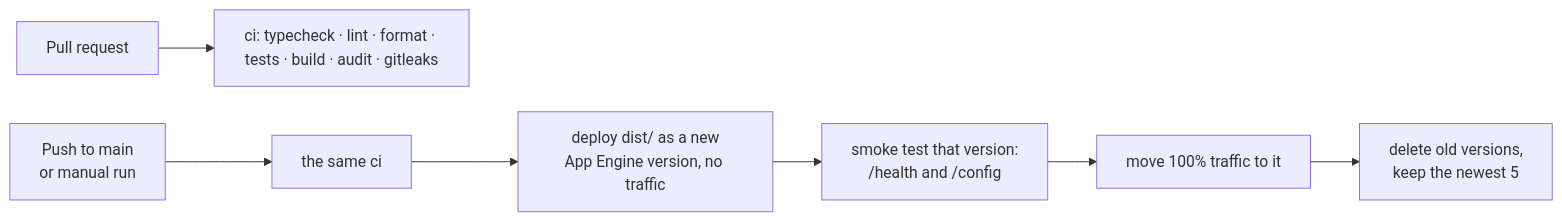
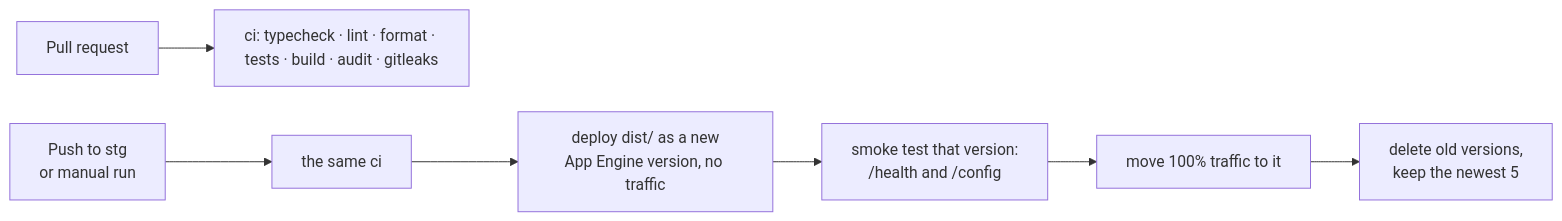
Before and after one commit to switchdevv/switch-server-v2: the diagram in docs/05-staging.md, drawn with Mermaid. The commit also changed other lines of this file and 4 other files, not shown here.

````diff
--- a/docs/05-staging.md
+++ b/docs/05-staging.md
@@ -14,6 +14,6 @@
 ```mermaid
 flowchart LR
   PR[Pull request] --> CI["ci: typecheck · lint · format · tests · build · audit · gitleaks"]
-  M[Push to main<br/>or manual run] --> CI2[the same ci] --> D[deploy dist/ as a new<br/>App Engine version, no traffic]
+  M[Push to stg<br/>or manual run] --> CI2[the same ci] --> D[deploy dist/ as a new<br/>App Engine version, no traffic]
   D --> S[smoke test that version:<br/>/health and /config] --> T[move 100% traffic to it] --> C[delete old versions,<br/>keep the newest 5]
 ```
````
